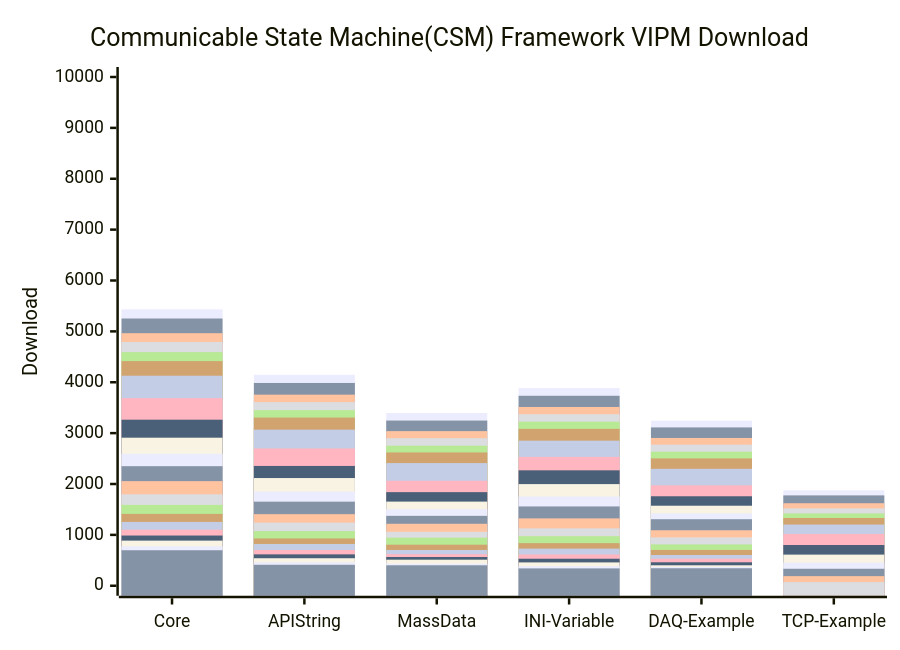
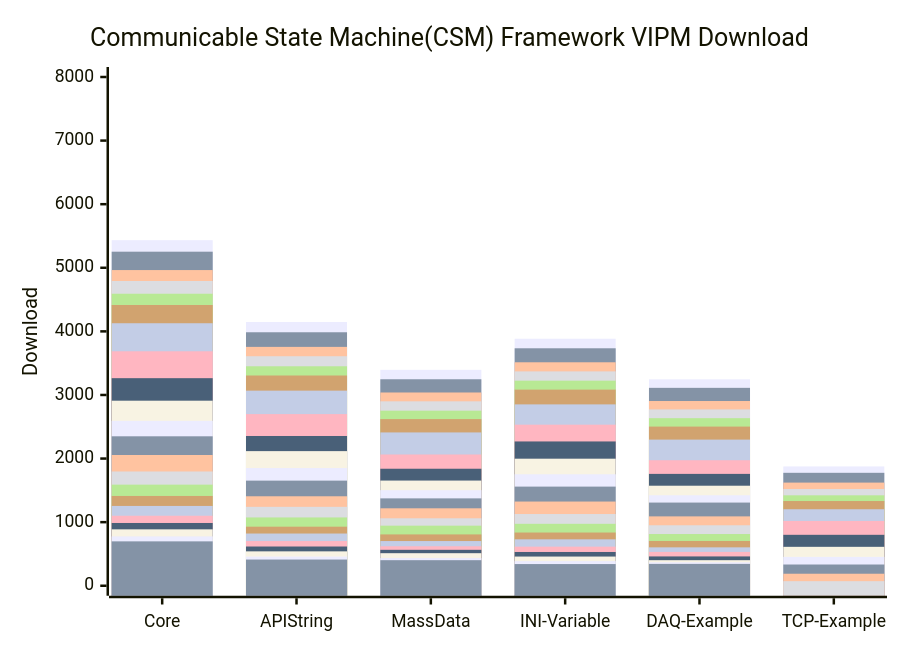
One commit to NEVSTOP-LAB/.github changed the diagram in profile/README.md. Above: the diagram before and after it, drawn with Mermaid.

````diff
--- a/profile/README.md
+++ b/profile/README.md
@@ -31,28 +31,28 @@
 ```mermaid
     xychart-beta
     title "Communicable State Machine(CSM) Framework VIPM Download"
     x-axis [Core, API String, MassData, INI-Variable, DAQ-Example, TCP-Example]
-    y-axis "Download" 0 --> 10000
+    y-axis "Download" 0 --> 8000
     bar   [5434, 4148, 3395, 3884, 3246, 1876, 2026.03]
     bar   [5253, 3986, 3247, 3734, 3112, 1776, 2026.02]
     bar   [4964, 3756, 3039, 3514, 2905, 1622, 2026.01]
     bar   [4792, 3609, 2900, 3371, 2773, 1521, 2025.12]
     bar   [4592, 3451, 2753, 3225, 2635, 1422, 2025.11]
     bar   [4415, 3306, 2620, 3084, 2503, 1332, 2025.10]
     bar   [4128, 3068, 2411, 2852, 2298, 1203]
     bar   [3687, 2699, 2064, 2533, 1974, 1019]
     bar   [3264, 2355, 1840, 2269, 1759, 801]
     bar   [2910, 2117, 1654, 1998, 1573, 612]
     bar   [2593, 1851, 1503, 1753, 1423, 454]
     bar   [2350, 1653, 1374, 1559, 1308, 334]
     bar   [2056, 1407, 1218, 1324, 1091, 189]
     bar   [1797, 1241, 1061, 1128, 951, 72]
     bar   [1590, 1074, 945, 974, 813]
     bar   [1412, 929, 807, 837, 704]
     bar   [1255, 821, 703, 730, 604]
     bar   [1101, 703, 621, 615, 532]
     bar   [987, 617, 565, 531, 461]
     bar   [887, 541, 512, 459, 402]
     bar   [776, 459, 435, 387, 369]
     bar   [698, 412, 402, 341, 344]
 ```
````
